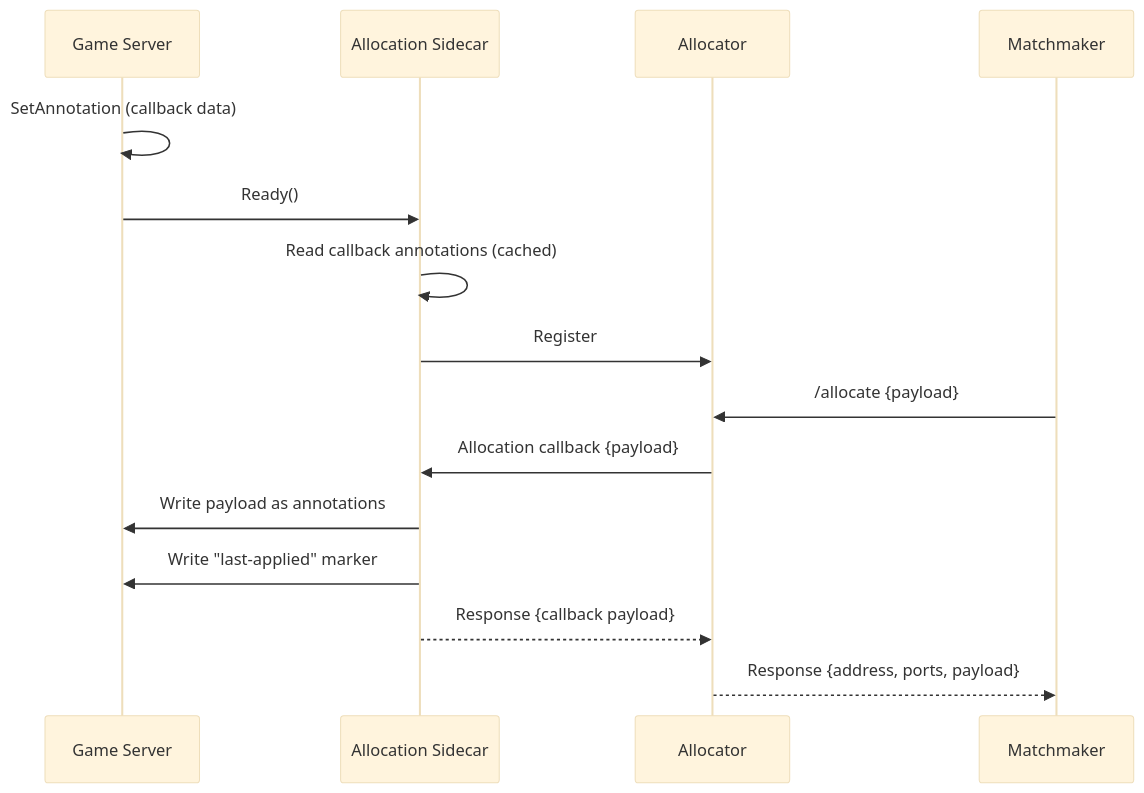
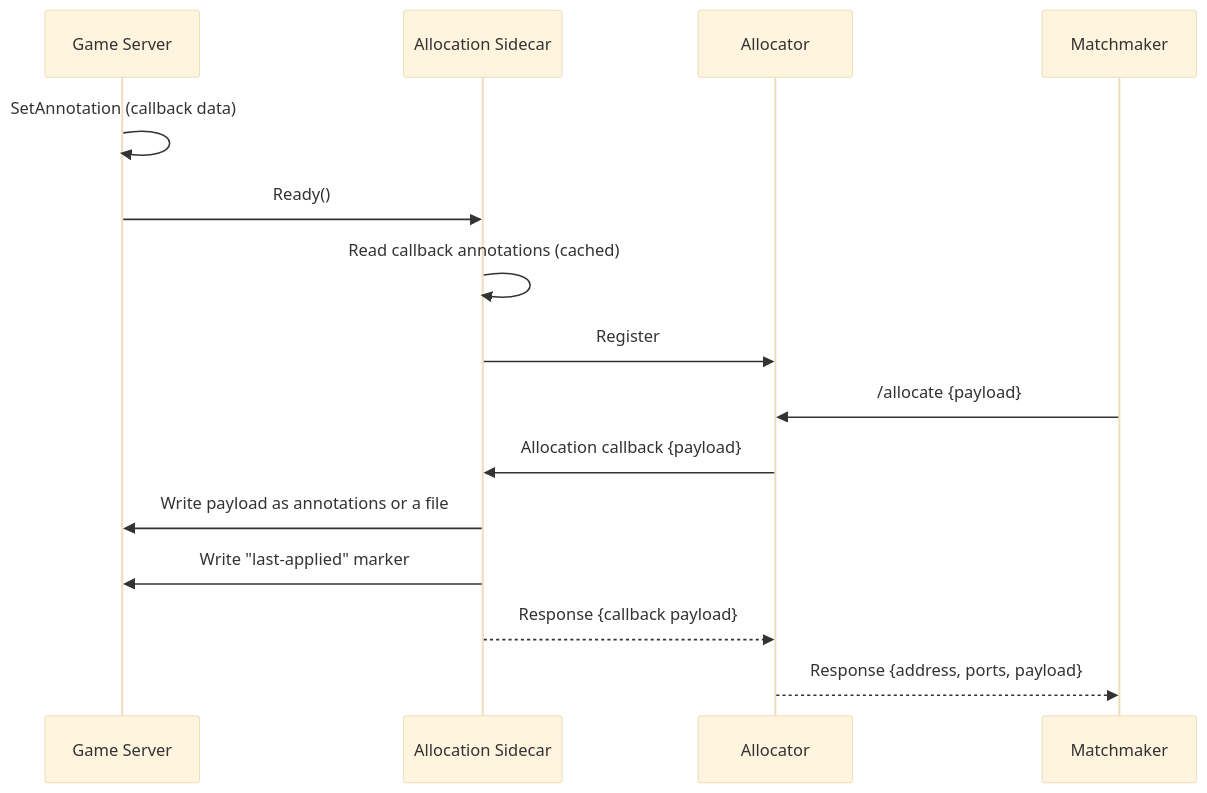
Before and after one commit to GameFabric/docs: the diagram in src/multiplayer-servers/multiplayer-services/server-allocation/automatically-registering-game-servers.md, drawn with Mermaid (base theme).

Commit message:
Potential fix for pull request finding

````diff
--- a/src/multiplayer-servers/multiplayer-services/server-allocation/automatically-registering-game-servers.md
+++ b/src/multiplayer-servers/multiplayer-services/server-allocation/automatically-registering-game-servers.md
@@ -113,18 +113,18 @@
 ```mermaid
 sequenceDiagram
     participant GS as Game Server
     participant SC as Allocation Sidecar
     participant AL as Allocator
     participant MM as Matchmaker
 
     GS->>GS: SetAnnotation (callback data)
     GS->>SC: Ready()
     SC->>SC: Read callback annotations (cached)
     SC->>AL: Register
     MM->>AL: /allocate {payload}
     AL->>SC: Allocation callback {payload}
-    SC->>GS: Write payload as annotations
+    SC->>GS: Write payload as annotations or a file
     SC->>GS: Write "last-applied" marker
     SC-->>AL: Response {callback payload}
     AL-->>MM: Response {address, ports, payload}
 ```
````
